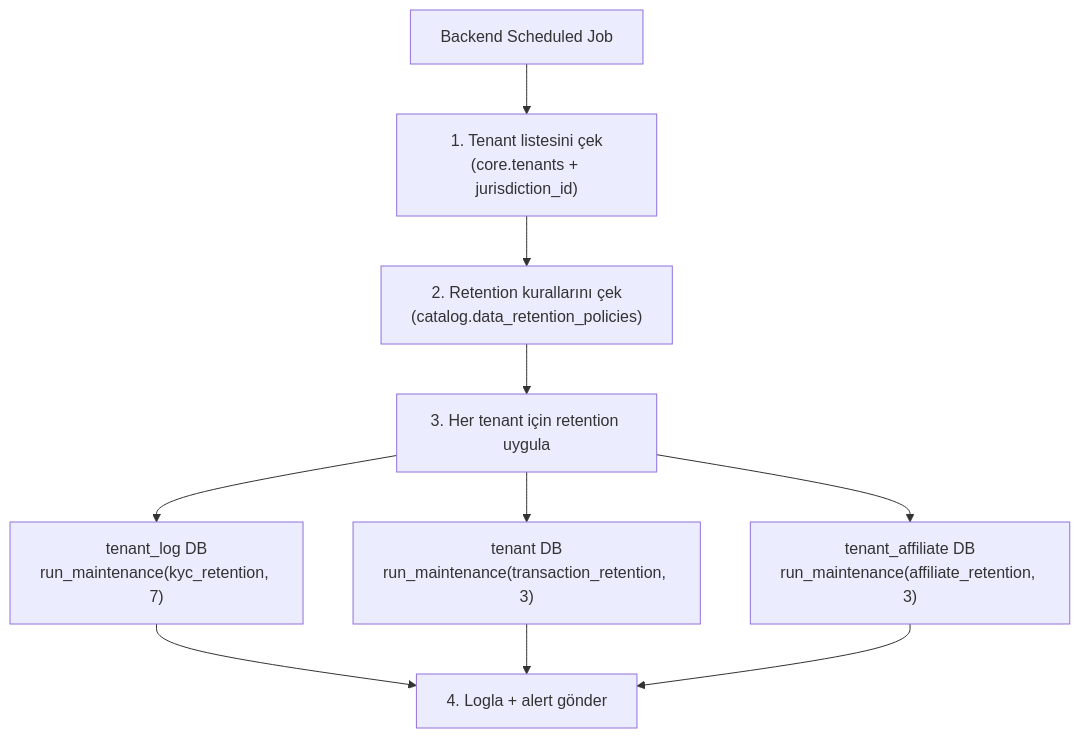
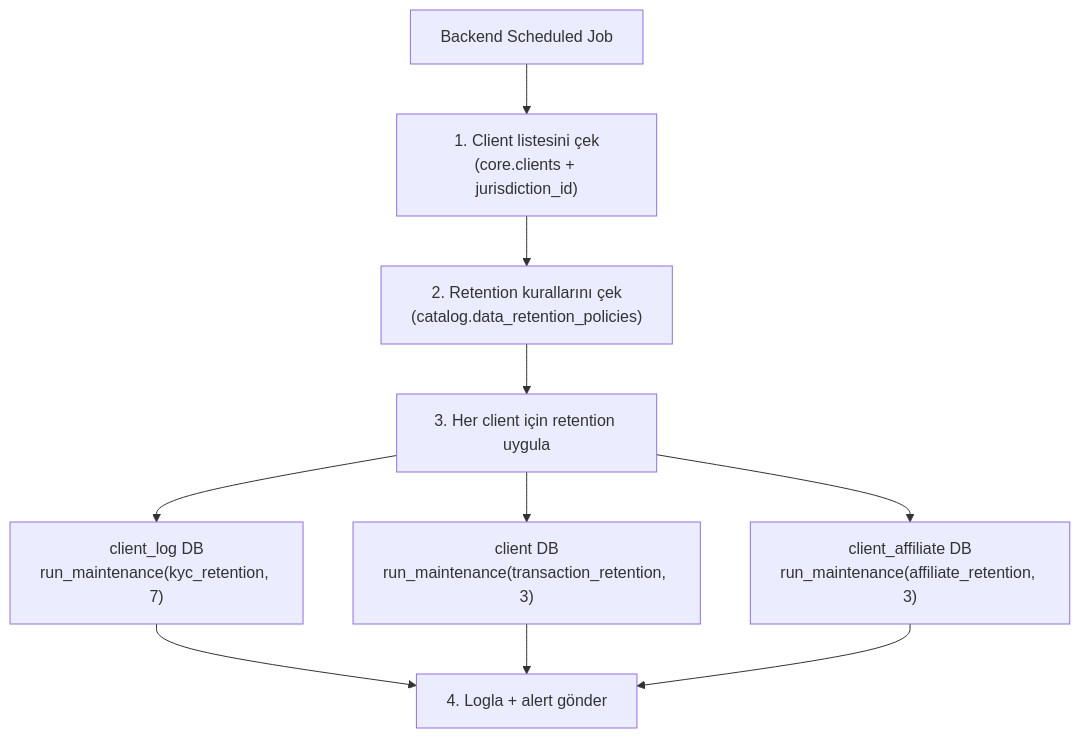
Before and after one commit to frhtshn/One.DB: the diagram in .docs/reference/PARTITION_ARCHITECTURE.md, drawn with Mermaid. The commit also changed other lines of this file and 442 other files, not shown here.

First line of the commit message:
Nucleo → Sortis One ve tenant → client içerik güncellemeleri

````diff
--- a/.docs/reference/PARTITION_ARCHITECTURE.md
+++ b/.docs/reference/PARTITION_ARCHITECTURE.md
@@ -455,12 +455,12 @@
 ```mermaid
 flowchart TD
-    J["Backend Scheduled Job"] --> S1["1. Tenant listesini çek<br/>(core.tenants + jurisdiction_id)"]
+    J["Backend Scheduled Job"] --> S1["1. Client listesini çek<br/>(core.clients + jurisdiction_id)"]
     S1 --> S2["2. Retention kurallarını çek<br/>(catalog.data_retention_policies)"]
-    S2 --> S3["3. Her tenant için retention uygula"]
-    S3 --> TL["tenant_log DB<br/>run_maintenance(kyc_retention, 7)"]
-    S3 --> TD2["tenant DB<br/>run_maintenance(transaction_retention, 3)"]
-    S3 --> TA["tenant_affiliate DB<br/>run_maintenance(affiliate_retention, 3)"]
+    S2 --> S3["3. Her client için retention uygula"]
+    S3 --> TL["client_log DB<br/>run_maintenance(kyc_retention, 7)"]
+    S3 --> TD2["client DB<br/>run_maintenance(transaction_retention, 3)"]
+    S3 --> TA["client_affiliate DB<br/>run_maintenance(affiliate_retention, 3)"]
     TL --> S4["4. Logla + alert gönder"]
     TD2 --> S4
     TA --> S4
 ```
````
